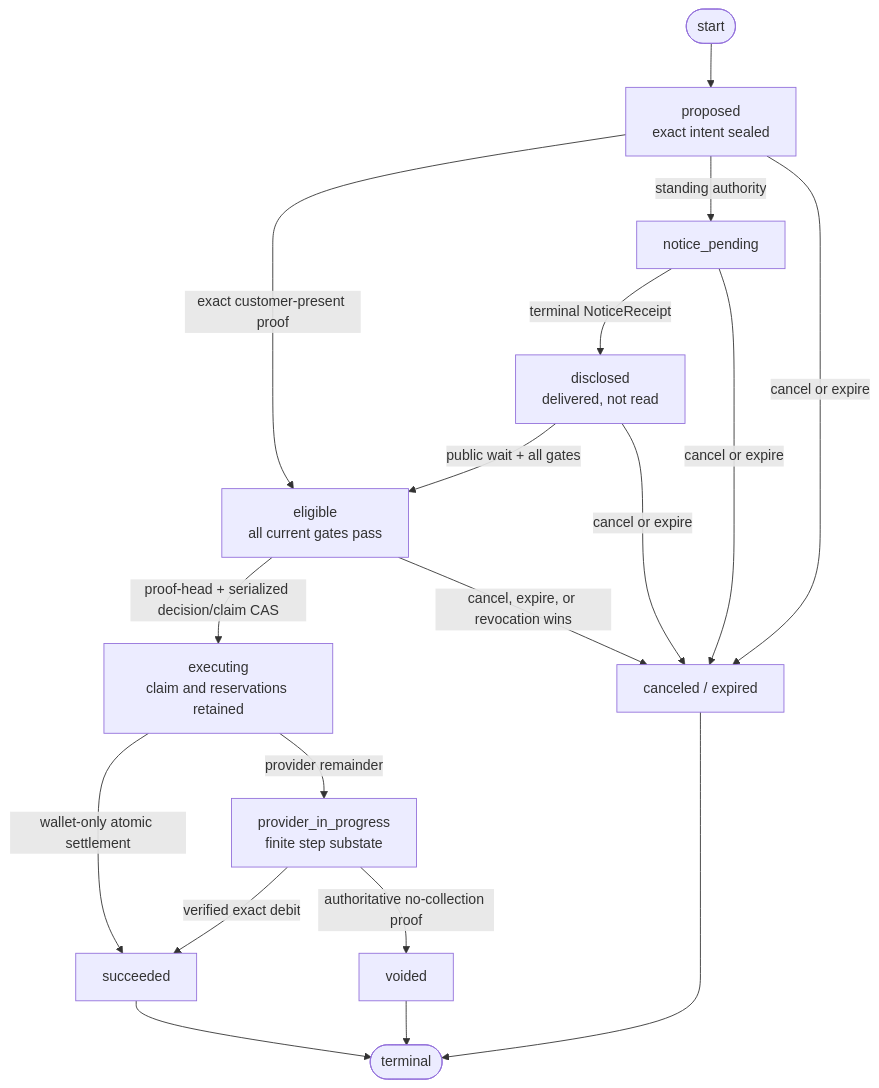
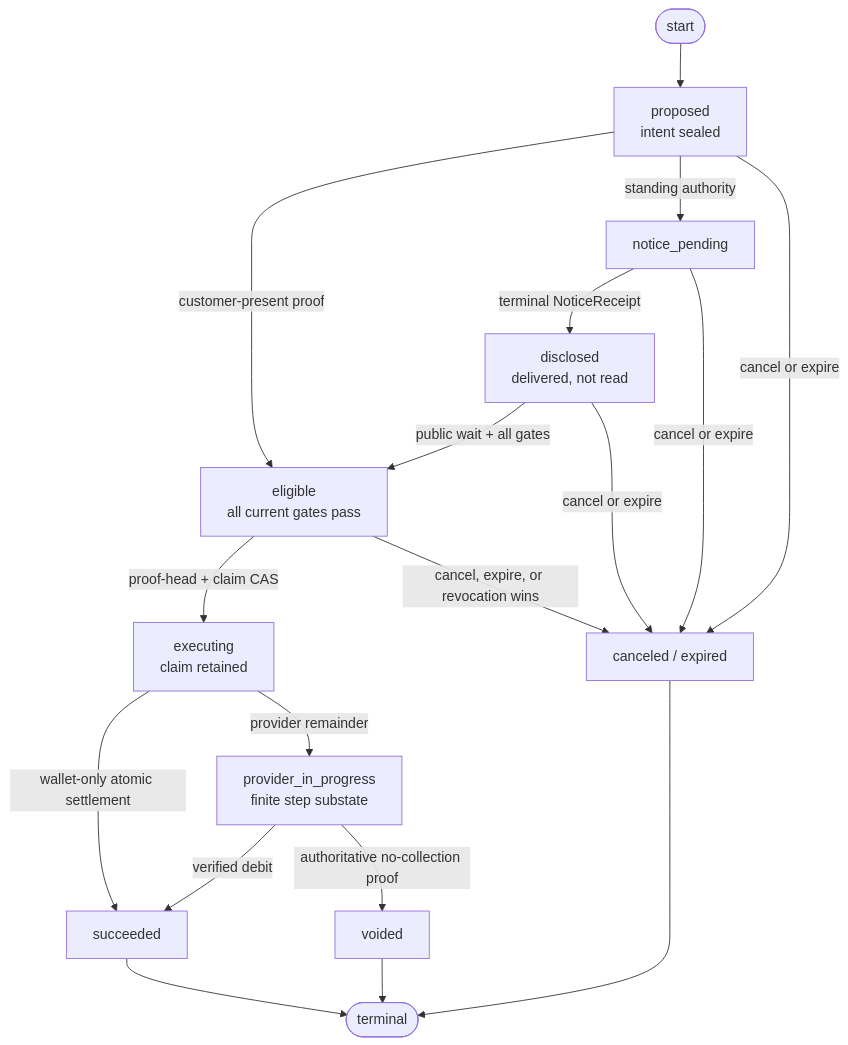
Before and after one commit to mirrorstack-ai/billing-engine: the diagram in docs/DESIGN.md, drawn with Mermaid. The commit also changed other lines of this file and 8 other files, not shown here.

````diff
--- a/docs/DESIGN.md
+++ b/docs/DESIGN.md
@@ -1410,20 +930,20 @@
 ```mermaid
 flowchart TD
-    Start([start]) --> Proposed[proposed<br/>exact intent sealed]
-    Proposed -->|exact customer-present proof| Eligible[eligible<br/>all current gates pass]
+    Start([start]) --> Proposed[proposed<br/>intent sealed]
+    Proposed -->|customer-present proof| Eligible[eligible<br/>all current gates pass]
     Proposed -->|standing authority| NoticePending[notice_pending]
     NoticePending -->|terminal NoticeReceipt| Disclosed[disclosed<br/>delivered, not read]
     Disclosed -->|public wait + all gates| Eligible
-    Eligible -->|proof-head + serialized decision/claim CAS| Executing[executing<br/>claim and reservations retained]
+    Eligible -->|proof-head + claim CAS| Executing[executing<br/>claim retained]
     Executing -->|wallet-only atomic settlement| Succeeded[succeeded]
     Executing -->|provider remainder| ProviderFlow[provider_in_progress<br/>finite step substate]
-    ProviderFlow -->|verified exact debit| Succeeded
+    ProviderFlow -->|verified debit| Succeeded
     ProviderFlow -->|authoritative no-collection proof| Voided[voided]
     Proposed -->|cancel or expire| NoCollection[canceled / expired]
     NoticePending -->|cancel or expire| NoCollection
     Disclosed -->|cancel or expire| NoCollection
     Eligible -->|cancel, expire, or revocation wins| NoCollection
     Succeeded --> Done([terminal])
     Voided --> Done
     NoCollection --> Done
 ```
````
